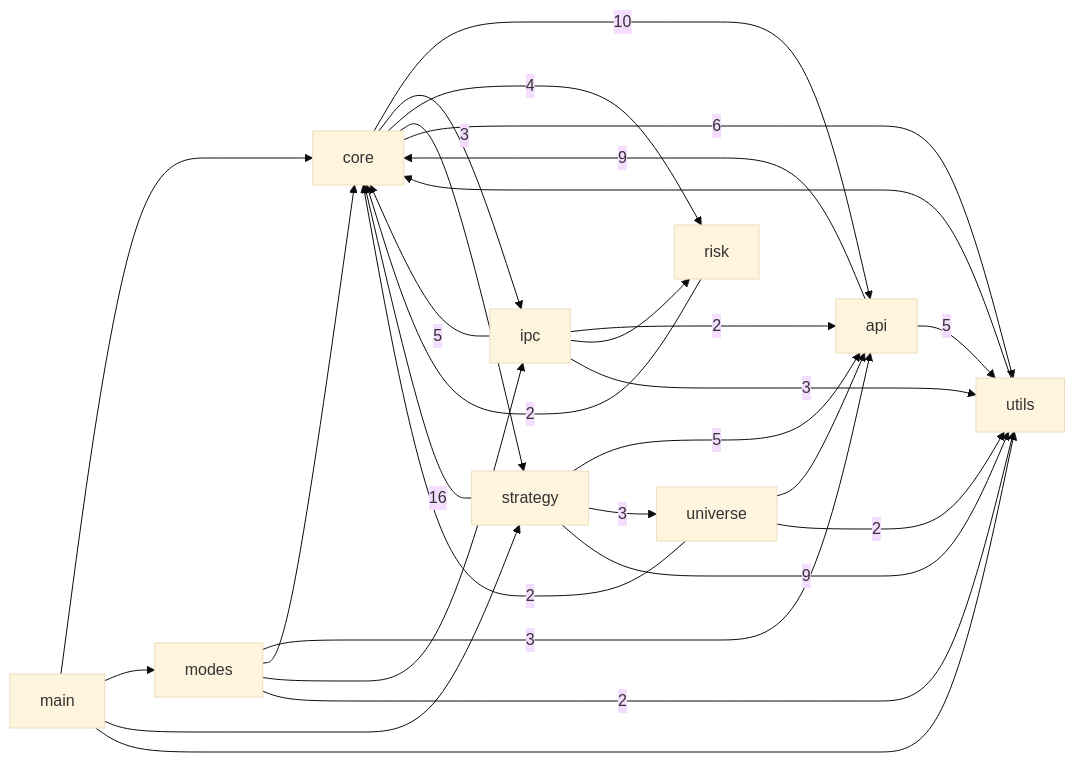
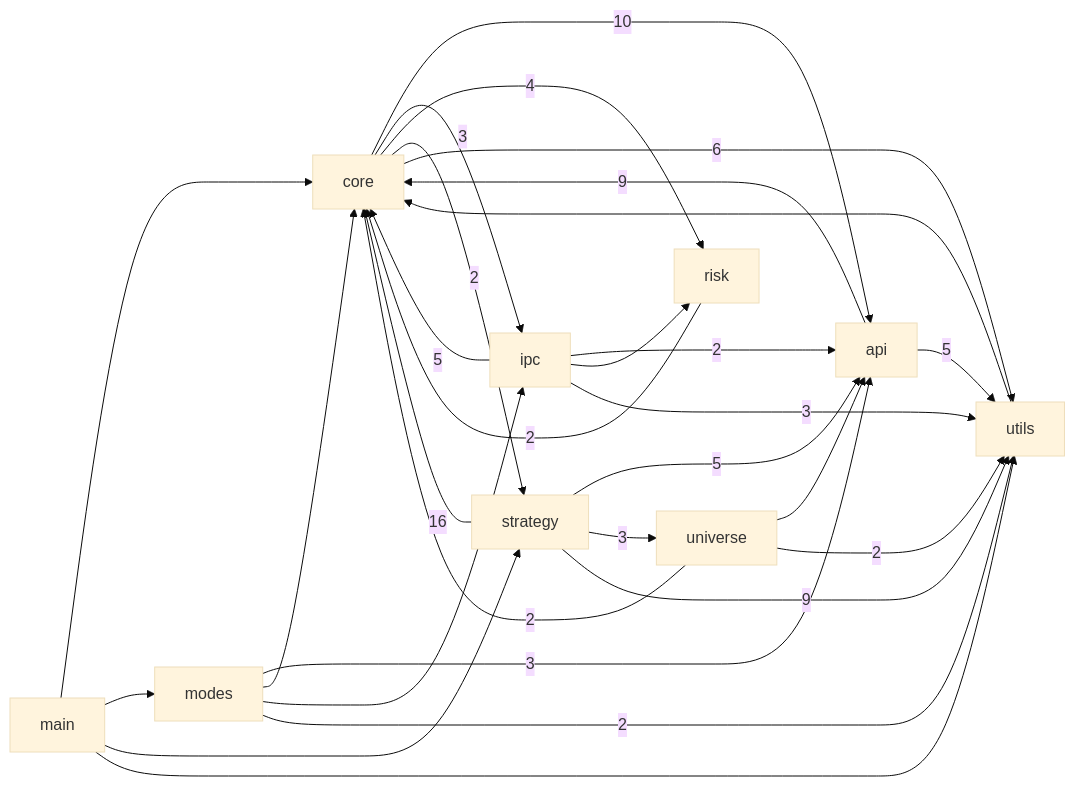
Before and after one commit to pypy8171/Quant: the first of 3 diagrams in docs/CODE_GRAPH.md, drawn with Mermaid (base theme). The commit also changed other lines of this file and 10 other files, not shown here.

````diff
--- a/docs/CODE_GRAPH.md
+++ b/docs/CODE_GRAPH.md
@@ -10,40 +10,40 @@
 ```mermaid
 graph LR
   main[main]
   modes[modes]
   core[core]
   strategy[strategy]
   api[api]
   universe[universe]
   risk[risk]
   ipc[ipc]
   utils[utils]
   api -->|9| core
   api -->|5| utils
   core -->|10| api
   core -->|3| ipc
   core -->|4| risk
-  core --> strategy
+  core -->|2| strategy
   core -->|6| utils
   ipc -->|2| api
   ipc -->|5| core
   ipc --> risk
   ipc -->|3| utils
   main --> core
   main --> modes
   main --> strategy
   main --> utils
   modes -->|3| api
   modes --> core
   modes --> ipc
   modes -->|2| utils
   risk -->|2| core
   strategy -->|5| api
   strategy -->|16| core
   strategy -->|3| universe
   strategy -->|9| utils
   universe --> api
   universe -->|2| core
   universe -->|2| utils
   utils --> core
 ```
````
